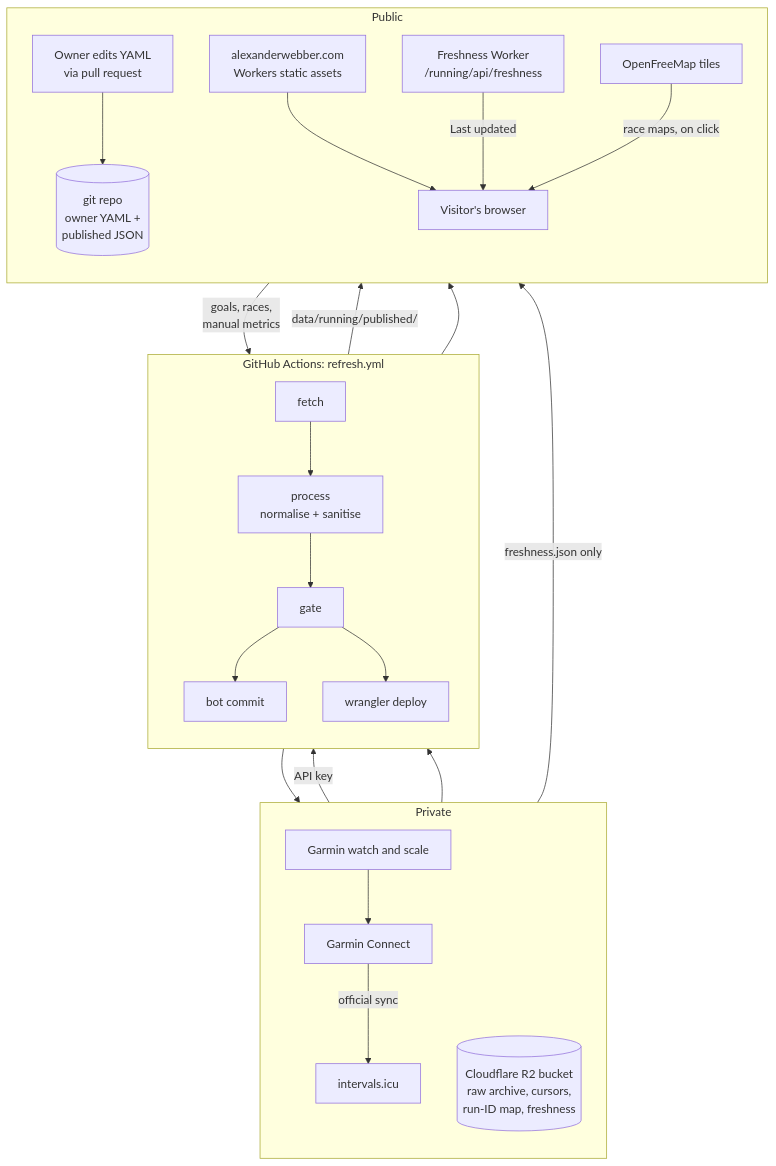
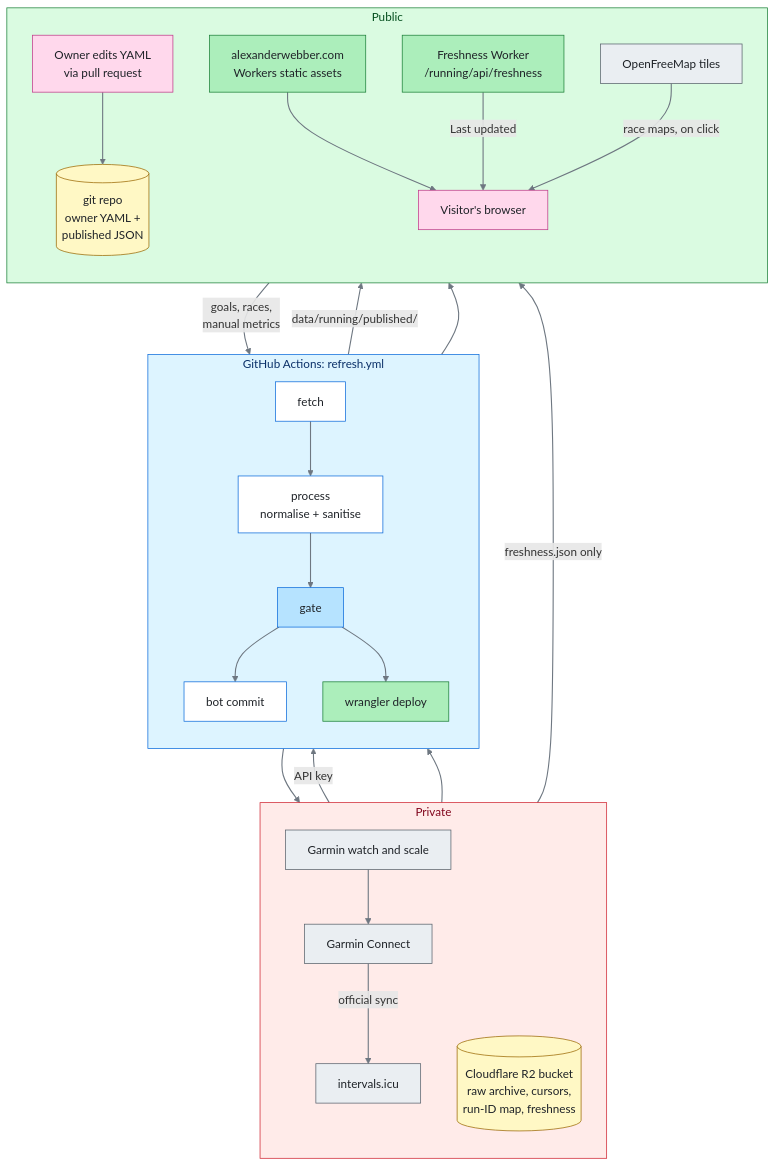
The first of 3 diagrams in README.md (alexwebber/alexanderwebber.com), drawn with Mermaid before and after one commit. The commit also changed other lines of this file and 1 other file, not shown here.

First line of the commit message:
docs(readme): colour the diagrams with one shared key

````diff
--- a/README.md
+++ b/README.md
@@ -41,35 +45,52 @@
 ```mermaid
 flowchart TB
   subgraph private["Private"]
     direction TB
     devices["Garmin watch and scale"] --> gc["Garmin Connect"]
     gc -->|"official sync"| icu["intervals.icu"]
     r2[("Cloudflare R2 bucket<br/>raw archive, cursors,<br/>run-ID map, freshness")]
   end
   subgraph actions["GitHub Actions: refresh.yml"]
     direction TB
     fetch["fetch"] --> process["process<br/>normalise + sanitise"]
     process --> gate["gate"]
     gate --> commit["bot commit"]
     gate --> deploy["wrangler deploy"]
   end
   subgraph public["Public"]
     direction TB
     owner["Owner edits YAML<br/>via pull request"] --> repo
     repo[("git repo<br/>owner YAML +<br/>published JSON")]
     site["alexanderwebber.com<br/>Workers static assets"]
     worker["Freshness Worker<br/>/running/api/freshness"]
     tiles["OpenFreeMap tiles"]
     browser["Visitor's browser"]
   end
   icu -->|"API key"| fetch
   fetch --> r2
   r2 --> process
   repo -->|"goals, races,<br/>manual metrics"| process
   commit -->|"data/running/published/"| repo
   deploy --> site
   r2 -->|"freshness.json only"| worker
   site --> browser
   worker -->|"Last updated"| browser
   tiles -->|"race maps, on click"| browser
+
+  classDef external fill:#eaeef2,stroke:#57606a,color:#1f2328
+  classDef store fill:#fff8c5,stroke:#9a6700,color:#1f2328
+  classDef step fill:#ffffff,stroke:#0969da,color:#1f2328
+  classDef check fill:#b6e3ff,stroke:#0969da,color:#1f2328
+  classDef live fill:#aceebb,stroke:#1a7f37,color:#1f2328
+  classDef people fill:#ffd8ec,stroke:#bf3989,color:#1f2328
+  class devices,gc,icu,tiles external
+  class r2,repo store
+  class fetch,process,commit step
+  class gate check
+  class deploy,site,worker live
+  class owner,browser people
+  style private fill:#ffebe9,stroke:#cf222e,color:#82071e
+  style actions fill:#ddf4ff,stroke:#0969da,color:#0a3069
+  style public fill:#dafbe1,stroke:#1a7f37,color:#044f1e
+  linkStyle default stroke:#6e7781,stroke-width:1.5px
 ```
````
